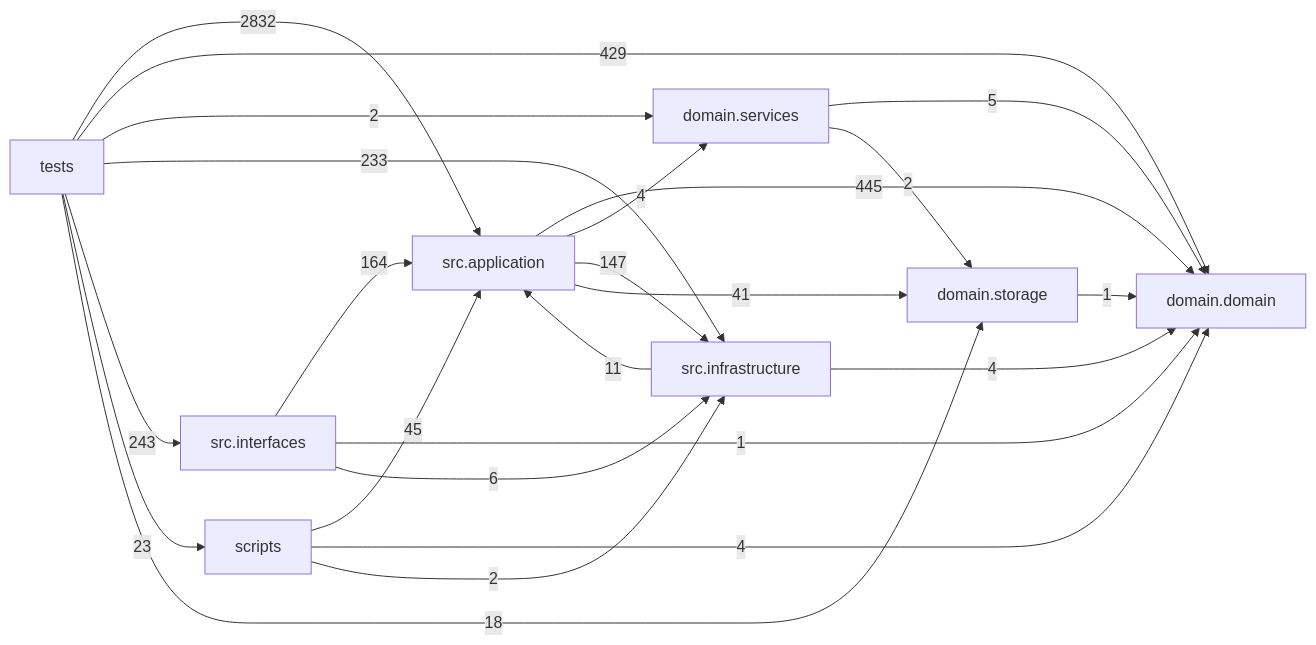
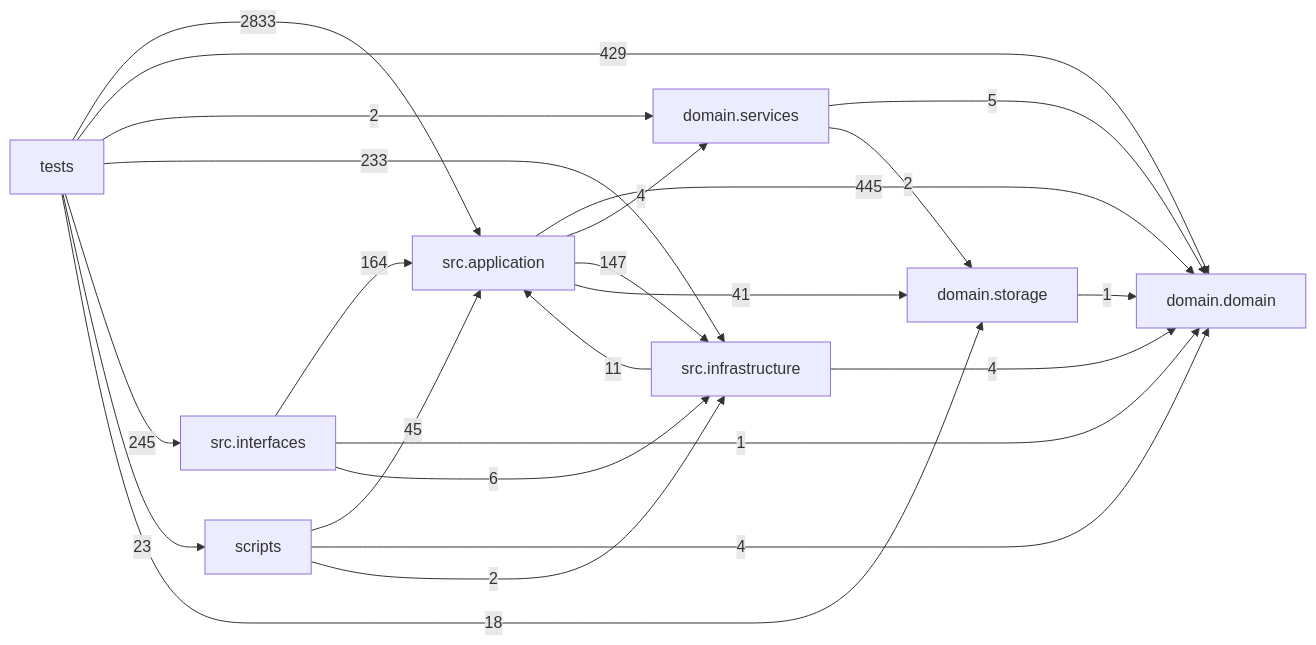
One commit to liuxie066/options-monitor changed the diagram in docs/DEPENDENCY_GRAPH.md. Above: the diagram before and after it, drawn with Mermaid. The commit also changed other lines of this file and 13 other files, not shown here.

````diff
--- a/docs/DEPENDENCY_GRAPH.md
+++ b/docs/DEPENDENCY_GRAPH.md
@@ -24,33 +24,33 @@
 ```mermaid
 flowchart LR
   tests["tests"]
   scripts["scripts"]
   interfaces["src.interfaces"]
   application["src.application"]
   infrastructure["src.infrastructure"]
   domain_services["domain.services"]
   domain["domain.domain"]
   storage["domain.storage"]
   application -->|445| domain
   application -->|4| domain_services
   application -->|147| infrastructure
   application -->|41| storage
   domain_services -->|5| domain
   domain_services -->|2| storage
   infrastructure -->|11| application
   infrastructure -->|4| domain
   interfaces -->|164| application
   interfaces -->|1| domain
   interfaces -->|6| infrastructure
   scripts -->|45| application
   scripts -->|4| domain
   scripts -->|2| infrastructure
   storage -->|1| domain
-  tests -->|2832| application
+  tests -->|2833| application
   tests -->|429| domain
   tests -->|2| domain_services
   tests -->|233| infrastructure
-  tests -->|243| interfaces
+  tests -->|245| interfaces
   tests -->|23| scripts
   tests -->|18| storage
 ```
````
